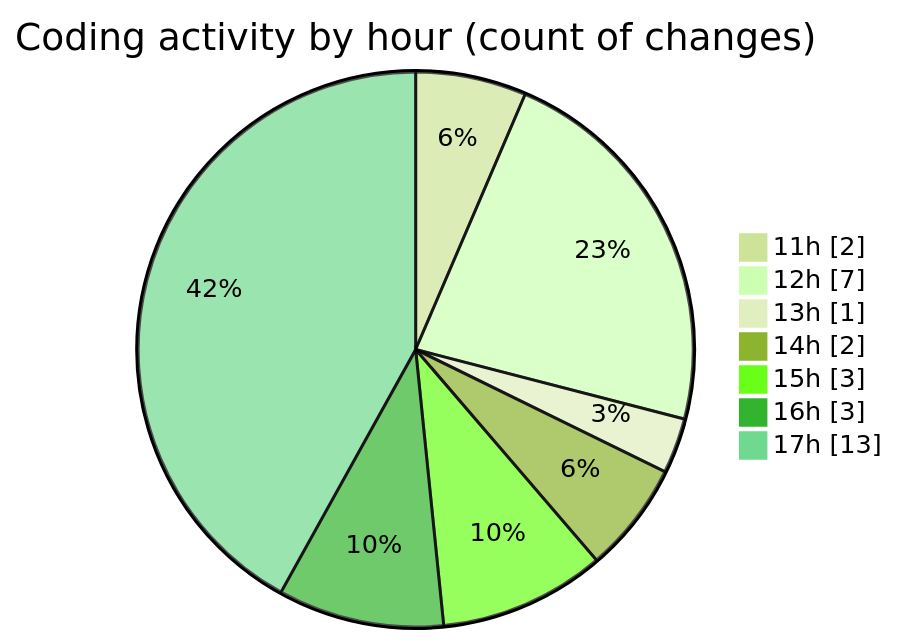
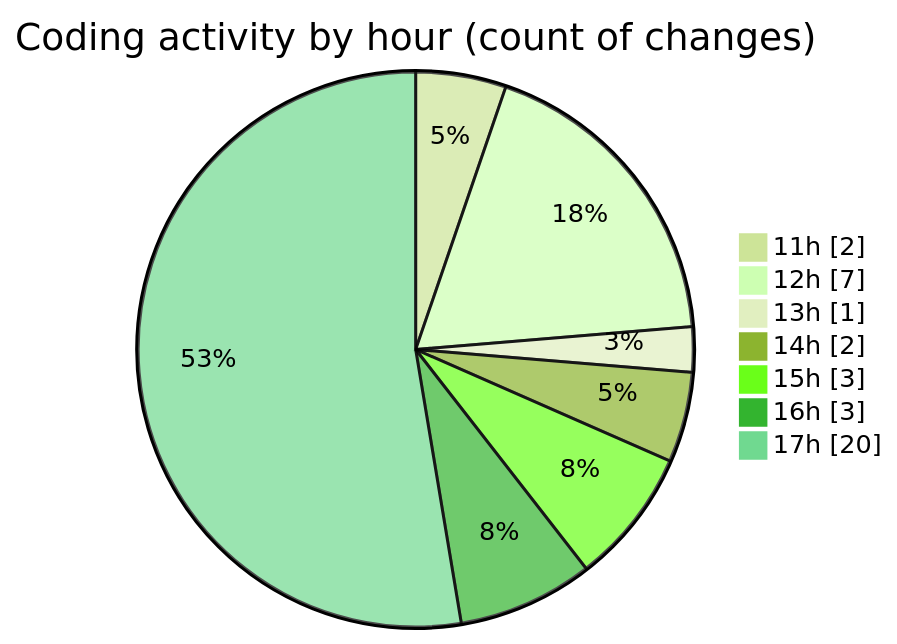
One commit to nxtqubesakshisongat/code-tracking changed the second of 2 diagrams in 2025-11-10/nxtqube_webapp/README.md. Above: the diagram before and after it, drawn with Mermaid (forest theme). The commit also changed other lines of this file and 1 other file, not shown here.

````diff
--- a/2025-11-10/nxtqube_webapp/README.md
+++ b/2025-11-10/nxtqube_webapp/README.md
@@ -39,11 +39,11 @@
 ```mermaid
 pie showData
 title Coding activity by hour (count of changes)
 "11h" : 2
 "12h" : 7
 "13h" : 1
 "14h" : 2
 "15h" : 3
 "16h" : 3
-"17h" : 13
+"17h" : 20
 ```
````
